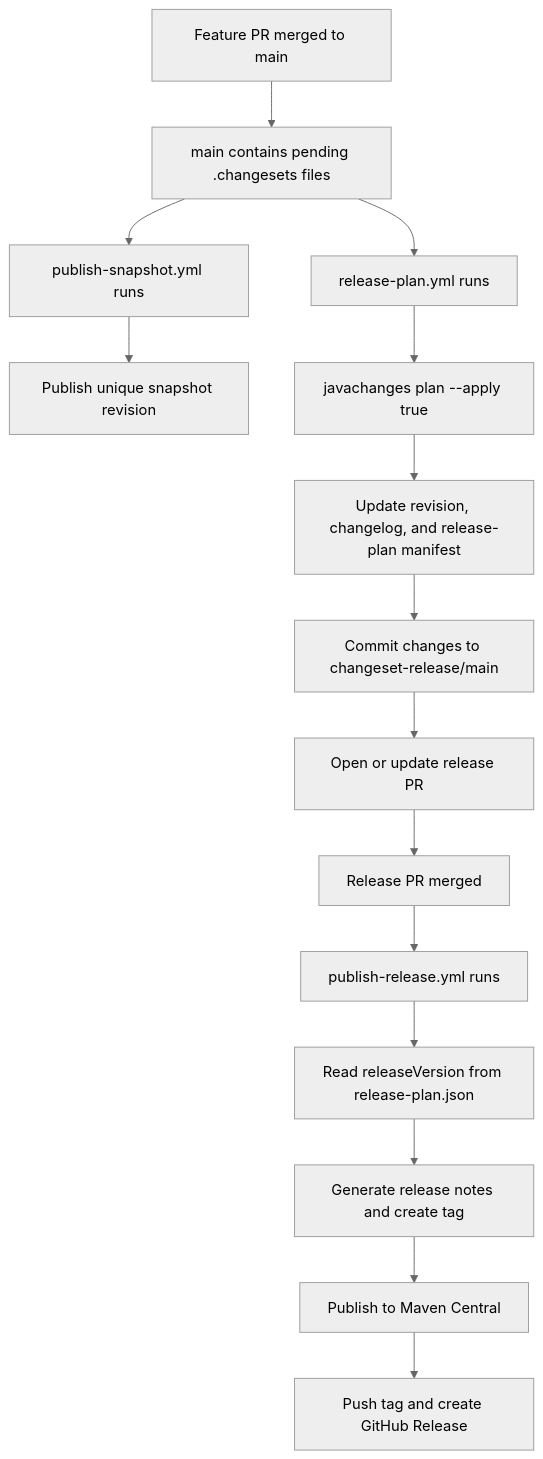
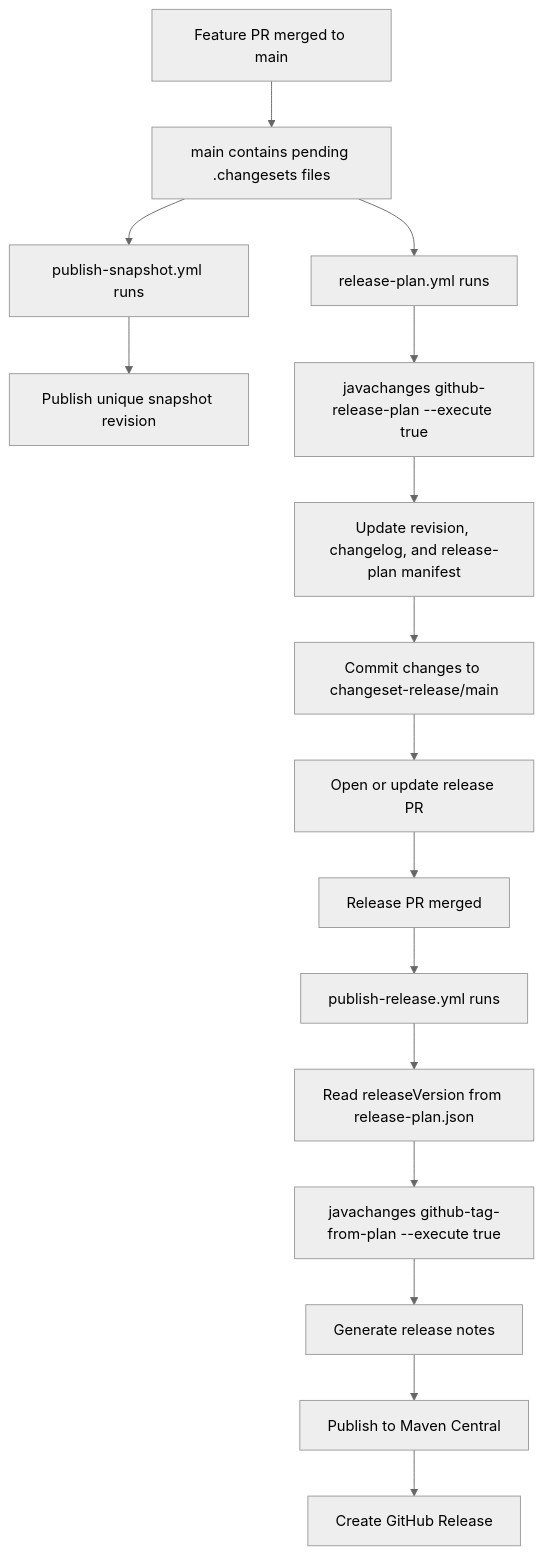
One commit to sonofmagic/javachanges changed the diagram in docs/github-actions-release.md. Above: the diagram before and after it, drawn with Mermaid (neutral theme). The commit also changed other lines of this file and 22 other files, not shown here.

Commit message:
feat: simplify github release automation

````diff
--- a/docs/github-actions-release.md
+++ b/docs/github-actions-release.md
@@ -21,17 +21,18 @@
 ```mermaid
 flowchart TD
   A[Feature PR merged to main] --> B[main contains pending .changesets files]
   B --> C[release-plan.yml runs]
   B --> S[publish-snapshot.yml runs]
   S --> T[Publish unique snapshot revision]
-  C --> D[javachanges plan --apply true]
+  C --> D[javachanges github-release-plan --execute true]
   D --> E[Update revision, changelog, and release-plan manifest]
   E --> F[Commit changes to changeset-release/main]
   F --> G[Open or update release PR]
   G --> H[Release PR merged]
   H --> I[publish-release.yml runs]
   I --> J[Read releaseVersion from release-plan.json]
-  J --> K[Generate release notes and create tag]
-  K --> L[Publish to Maven Central]
-  L --> M[Push tag and create GitHub Release]
+  J --> K[javachanges github-tag-from-plan --execute true]
+  K --> L[Generate release notes]
+  L --> M[Publish to Maven Central]
+  M --> N[Create GitHub Release]
 ```
````
